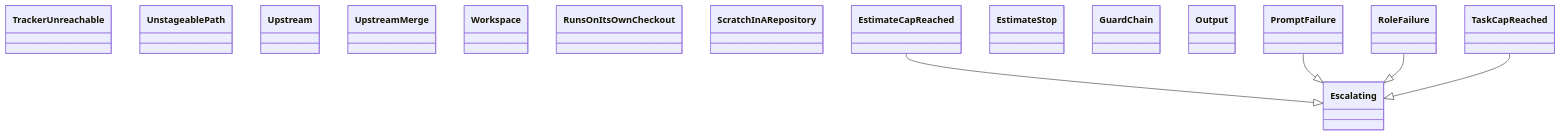
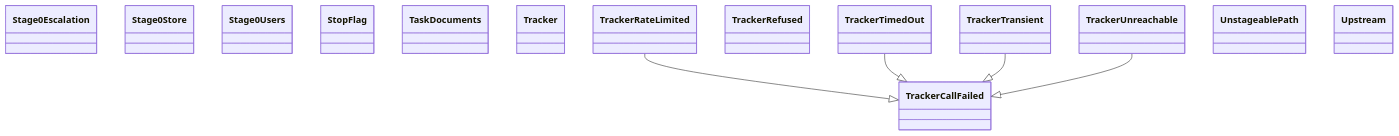
Before and after one commit to GonzaloZevallos/agentic-system: the diagram in docs/architecture/generated/classes-process-application-support-6.md, drawn with Mermaid. The commit also changed other lines of this file and 26 other files, not shown here.

First line of the commit message:
Add the stage0 rotation service, its ports and value types

````diff
--- a/docs/architecture/generated/classes-process-application-support-6.md
+++ b/docs/architecture/generated/classes-process-application-support-6.md
@@ -18,22 +19,21 @@
 ```mermaid
 classDiagram
+    class ports__Stage0Escalation["Stage0Escalation"]
+    class ports__Stage0Store["Stage0Store"]
+    class ports__Stage0Users["Stage0Users"]
+    class ports__StopFlag["StopFlag"]
+    class ports__TaskDocuments["TaskDocuments"]
+    class ports__Tracker["Tracker"]
+    class ports__TrackerCallFailed["TrackerCallFailed"]
+    class ports__TrackerRateLimited["TrackerRateLimited"]
+    class ports__TrackerRefused["TrackerRefused"]
+    class ports__TrackerTimedOut["TrackerTimedOut"]
+    class ports__TrackerTransient["TrackerTransient"]
     class ports__TrackerUnreachable["TrackerUnreachable"]
     class ports__UnstageablePath["UnstageablePath"]
     class ports__Upstream["Upstream"]
-    class ports__UpstreamMerge["UpstreamMerge"]
-    class ports__Workspace["Workspace"]
-    class preflight__RunsOnItsOwnCheckout["RunsOnItsOwnCheckout"]
-    class preflight__ScratchInARepository["ScratchInARepository"]
-    class run_role__Escalating["Escalating"]
-    class run_role__EstimateCapReached["EstimateCapReached"]
-    class run_role__EstimateStop["EstimateStop"]
-    class run_role__GuardChain["GuardChain"]
-    class run_role__Output["Output"]
-    class run_role__PromptFailure["PromptFailure"]
-    class run_role__RoleFailure["RoleFailure"]
-    class run_role__TaskCapReached["TaskCapReached"]
-    run_role__EstimateCapReached --|> run_role__Escalating
-    run_role__PromptFailure --|> run_role__Escalating
-    run_role__RoleFailure --|> run_role__Escalating
-    run_role__TaskCapReached --|> run_role__Escalating
+    ports__TrackerRateLimited --|> ports__TrackerCallFailed
+    ports__TrackerTimedOut --|> ports__TrackerCallFailed
+    ports__TrackerTransient --|> ports__TrackerCallFailed
+    ports__TrackerUnreachable --|> ports__TrackerCallFailed
 ```
````
